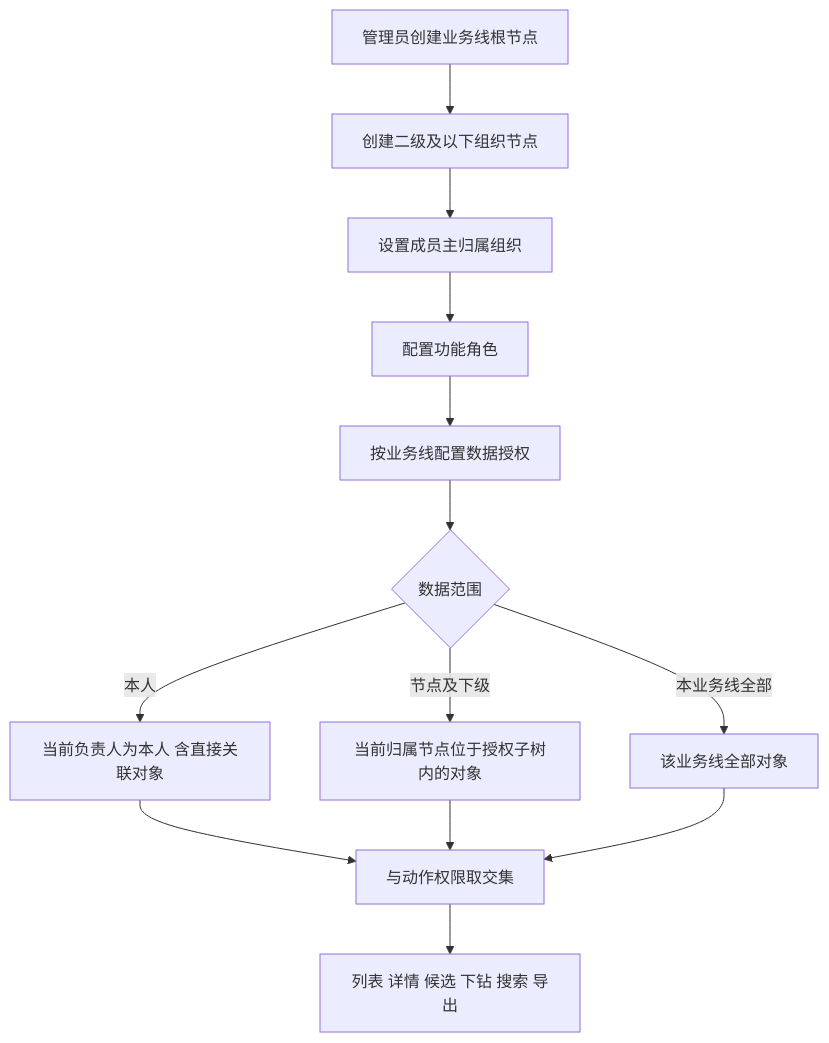
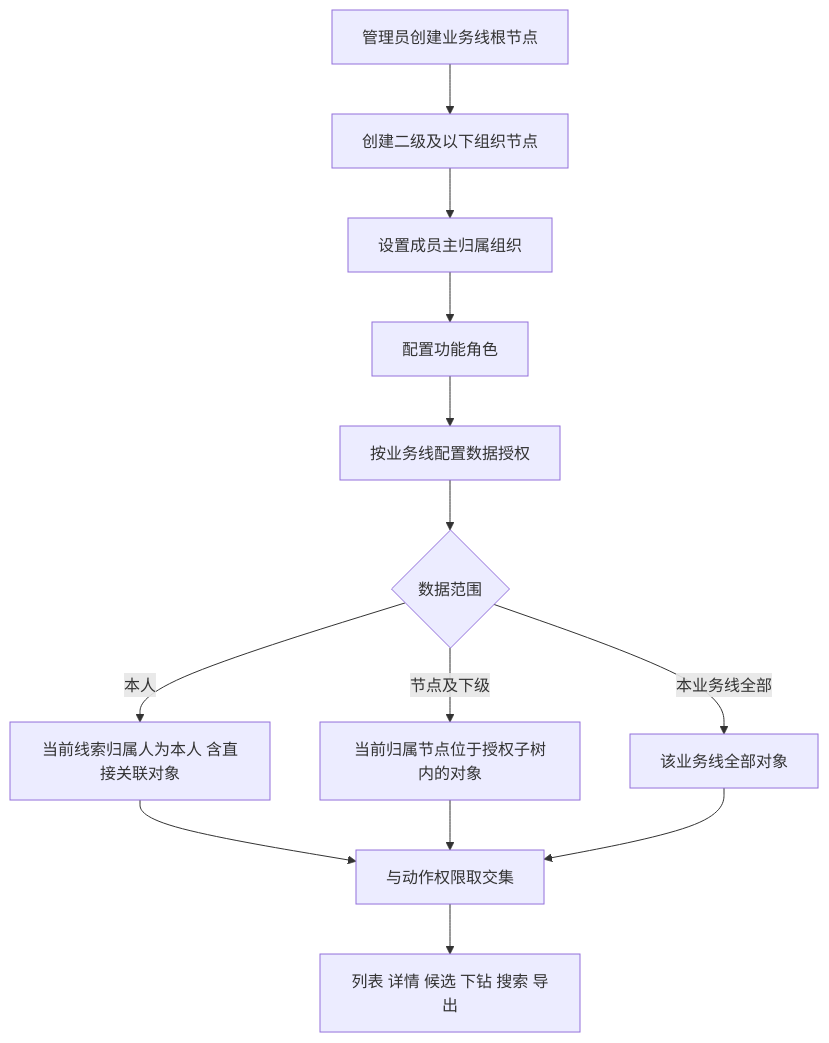
One commit to h3-ai-lab/hhhprd changed the diagram in projects/crm-org-data-permissions/research/REQUIREMENT-ANALYSIS.md. Above: the diagram before and after it, drawn with Mermaid. The commit also changed other lines of this file and 10 other files, not shown here.

````diff
--- a/projects/crm-org-data-permissions/research/REQUIREMENT-ANALYSIS.md
+++ b/projects/crm-org-data-permissions/research/REQUIREMENT-ANALYSIS.md
@@ -111,15 +111,15 @@
 ```mermaid
 flowchart TD
     A[管理员创建业务线根节点] --> B[创建二级及以下组织节点]
     B --> C[设置成员主归属组织]
     C --> D[配置功能角色]
     D --> E[按业务线配置数据授权]
     E --> F{数据范围}
-    F -->|本人| G[当前负责人为本人 含直接关联对象]
+    F -->|本人| G[当前线索归属人为本人 含直接关联对象]
     F -->|节点及下级| H[当前归属节点位于授权子树内的对象]
     F -->|本业务线全部| I[该业务线全部对象]
     G --> J[与动作权限取交集]
     H --> J
     I --> J
     J --> K[列表 详情 候选 下钻 搜索 导出]
 ```
````
